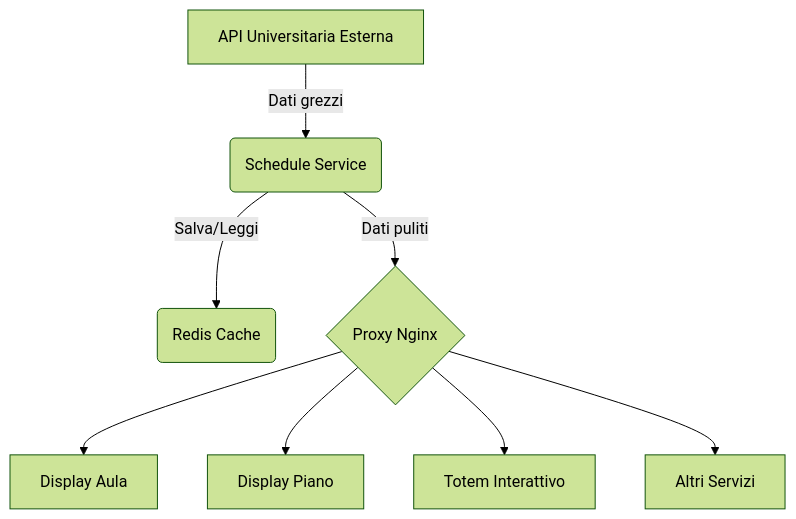
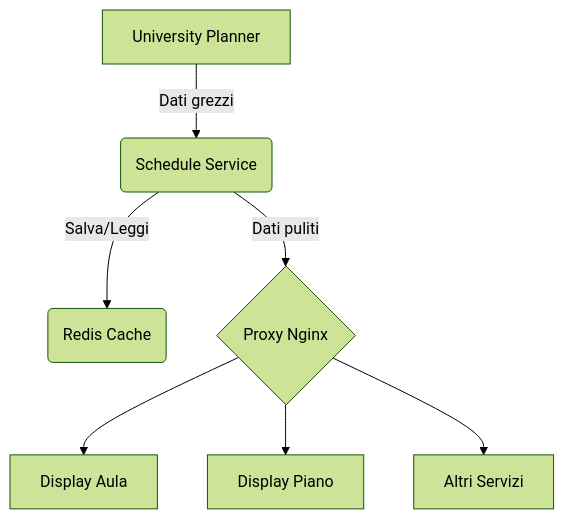
Before and after one commit to Mantineo-Massimo/schedule-service: the diagram in README.md, drawn with Mermaid (forest theme). The commit also changed other lines of this file, not shown here.

Commit message:
feat: Update README to clarify service flow and improve directory structure details

````diff
--- a/README.md
+++ b/README.md
@@ -49,10 +49,9 @@
 ```mermaid
 graph TD
-    A[API Universitaria Esterna] -->|Dati grezzi| B(Schedule Service);
+    A[University Planner] -->|Dati grezzi| B(Schedule Service);
     B -->|Salva/Leggi| C(Redis Cache);
     B -->|Dati puliti| D{Proxy Nginx};
     D --> E[Display Aula];
     D --> F[Display Piano];
-    D --> G[Totem Interattivo];
-    D --> H[Altri Servizi];
+    D --> G[Altri Servizi];
 ```
````
